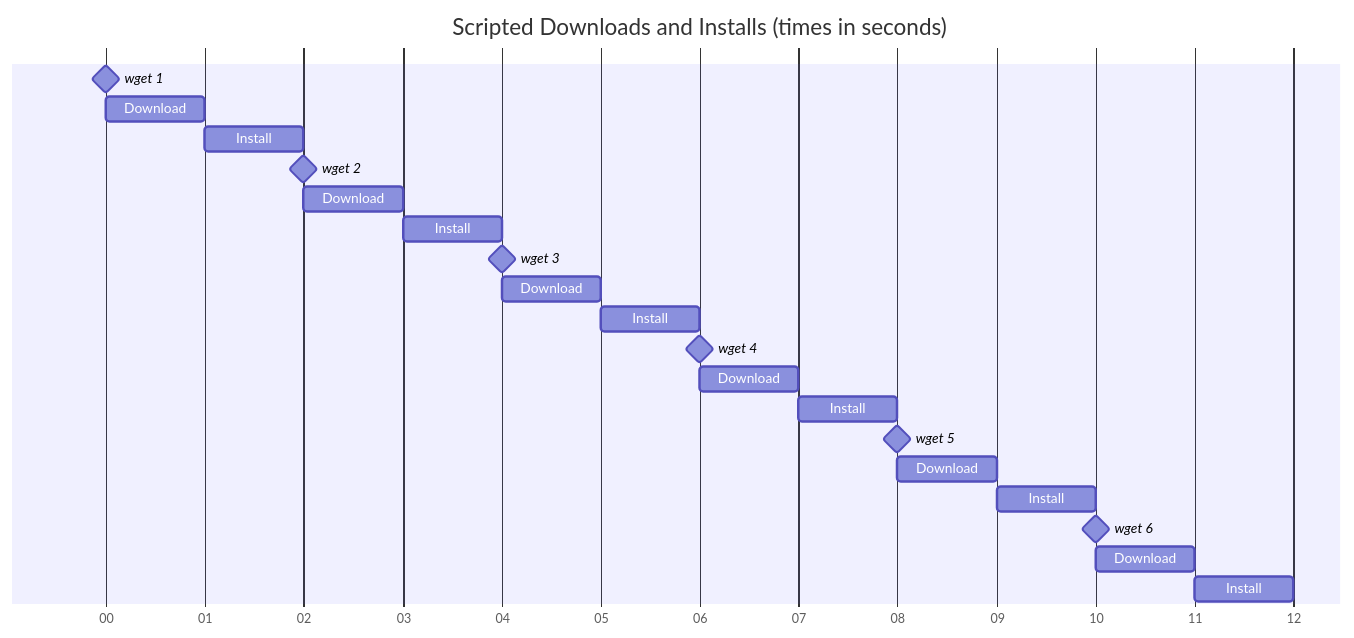
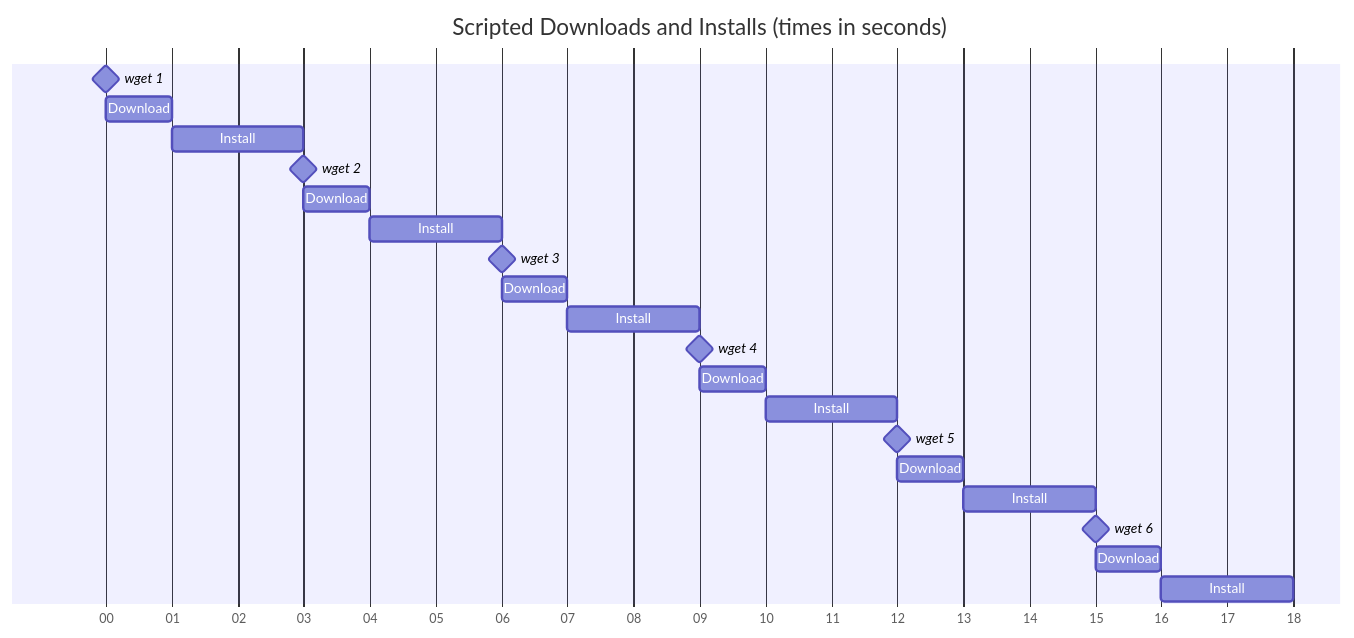
Before and after one commit to jshprentz/rate_limited_wget: the first of 2 diagrams in README.md, drawn with Mermaid. The commit also changed other lines of this file, not shown here.

Commit message:
Update README.md: Add limitations, fix typos, improve charts.

````diff
--- a/README.md
+++ b/README.md
@@ -142,24 +143,24 @@
 ```mermaid
 gantt
     title Scripted Downloads and Installs (times in seconds)
     dateFormat  s
     axisFormat %S
     wget 1                :milestone, m1, 0, 0s
     Download              :d1, after m1, 1s
-    Install               :i1, after d1, 1s
+    Install               :i1, after d1, 2s
     wget 2                :milestone, m2, after i1, 0s
     Download              :d2, after m2, 1s
-    Install               :i2, after d2, 1s
+    Install               :i2, after d2, 2s
     wget 3                :milestone, m3, after i2, 0s
     Download              :d3, after m3, 1s
-    Install               :i3, after d3, 1s
+    Install               :i3, after d3, 2s
     wget 4                :milestone, m4, after i3, 0s
     Download              :d4, after m4, 1s
-    Install               :i4, after d4, 1s
+    Install               :i4, after d4, 2s
     wget 5                :milestone, m5, after i4, 0s
     Download              :d5, after m5, 1s
-    Install               :i5, after d5, 1s
+    Install               :i5, after d5, 2s
     wget 6                :milestone, m6, after i5, 0s
     Download              :d6, after m6, 1s
-    Install               :i6, after d6, 1s
+    Install               :i6, after d6, 2s
 ```
````
